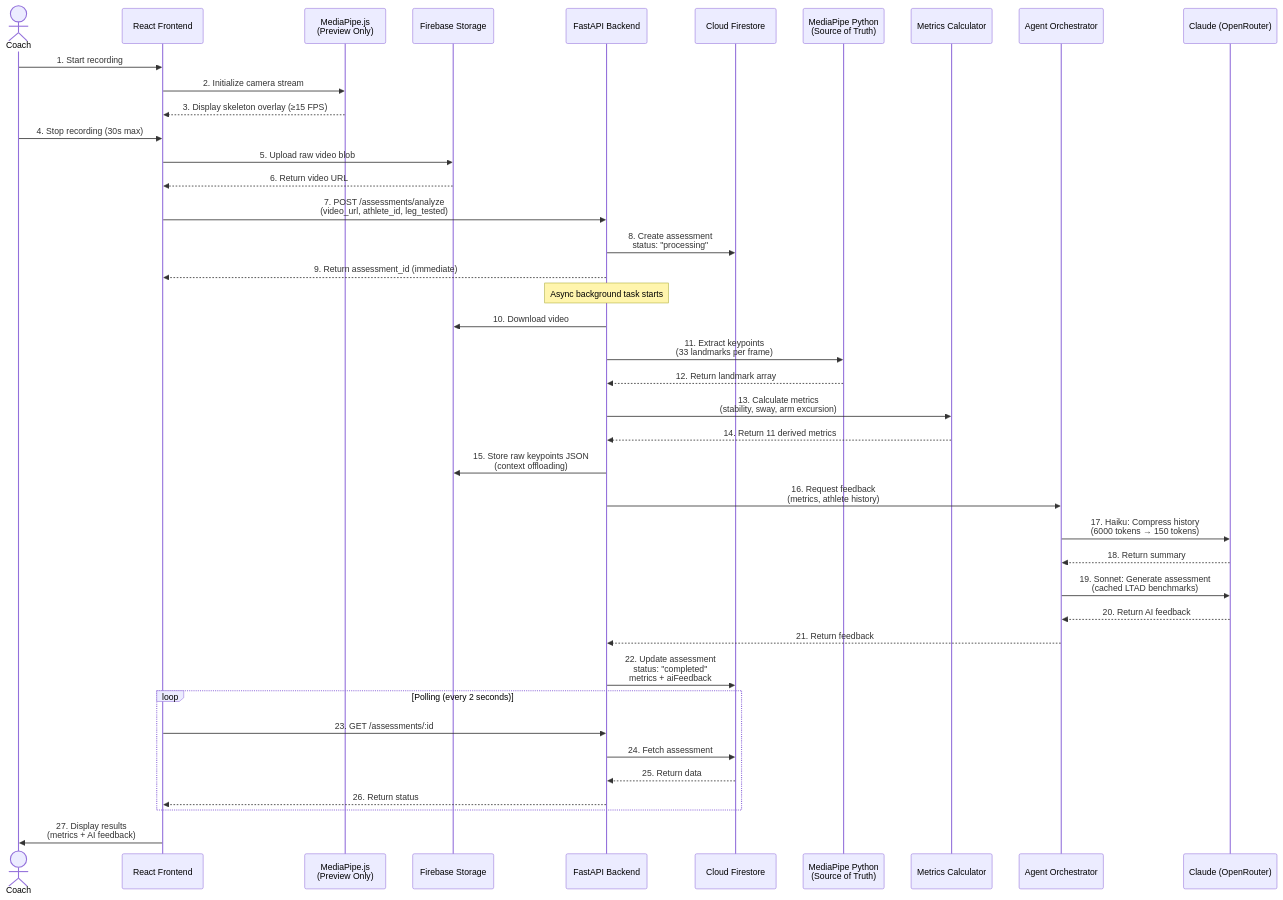
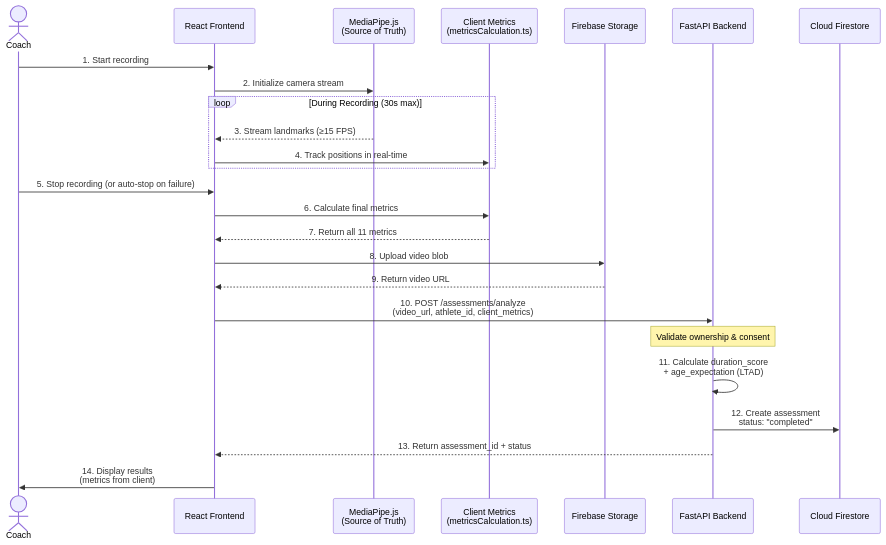
The second of 6 diagrams in ARCHITECTURE.md (finessevanes/ltad-coach), drawn with Mermaid before and after one commit. The commit also changed other lines of this file and 14 other files, not shown here.

Commit message:
feat: update architecture and implementation details for client-side metrics

````diff
--- a/ARCHITECTURE.md
+++ b/ARCHITECTURE.md
@@ -121,54 +125,35 @@
 ```mermaid
 sequenceDiagram
     actor Coach
     participant React as React Frontend
-    participant MediaPipeJS as MediaPipe.js<br/>(Preview Only)
+    participant MediaPipeJS as MediaPipe.js<br/>(Source of Truth)
+    participant MetricsCalc as Client Metrics<br/>(metricsCalculation.ts)
     participant FireStorage as Firebase Storage
     participant FastAPI as FastAPI Backend
     participant Firestore as Cloud Firestore
-    participant MediaPipePy as MediaPipe Python<br/>(Source of Truth)
-    participant MetricsCalc as Metrics Calculator
-    participant AgentOrch as Agent Orchestrator
-    participant Claude as Claude (OpenRouter)
 
     Coach->>React: 1. Start recording
     React->>MediaPipeJS: 2. Initialize camera stream
-    MediaPipeJS-->>React: 3. Display skeleton overlay (≥15 FPS)
-    Coach->>React: 4. Stop recording (30s max)
 
-    React->>FireStorage: 5. Upload raw video blob
-    FireStorage-->>React: 6. Return video URL
-
-    React->>FastAPI: 7. POST /assessments/analyze<br/>(video_url, athlete_id, leg_tested)
-    FastAPI->>Firestore: 8. Create assessment<br/>status: "processing"
-    FastAPI-->>React: 9. Return assessment_id (immediate)
-
-    Note over FastAPI: Async background task starts
-
-    FastAPI->>FireStorage: 10. Download video
-    FastAPI->>MediaPipePy: 11. Extract keypoints<br/>(33 landmarks per frame)
-    MediaPipePy-->>FastAPI: 12. Return landmark array
-
-    FastAPI->>MetricsCalc: 13. Calculate metrics<br/>(stability, sway, arm excursion)
-    MetricsCalc-->>FastAPI: 14. Return 11 derived metrics
-
-    FastAPI->>FireStorage: 15. Store raw keypoints JSON<br/>(context offloading)
-
-    FastAPI->>AgentOrch: 16. Request feedback<br/>(metrics, athlete history)
-    AgentOrch->>Claude: 17. Haiku: Compress history<br/>(6000 tokens → 150 tokens)
-    Claude-->>AgentOrch: 18. Return summary
-    AgentOrch->>Claude: 19. Sonnet: Generate assessment<br/>(cached LTAD benchmarks)
-    Claude-->>AgentOrch: 20. Return AI feedback
-
-    AgentOrch-->>FastAPI: 21. Return feedback
-    FastAPI->>Firestore: 22. Update assessment<br/>status: "completed"<br/>metrics + aiFeedback
-
-    loop Polling (every 2 seconds)
-        React->>FastAPI: 23. GET /assessments/:id
-        FastAPI->>Firestore: 24. Fetch assessment
-        Firestore-->>FastAPI: 25. Return data
-        FastAPI-->>React: 26. Return status
+    loop During Recording (30s max)
+        MediaPipeJS-->>React: 3. Stream landmarks (≥15 FPS)
+        React->>MetricsCalc: 4. Track positions in real-time
     end
 
-    React->>Coach: 27. Display results<br/>(metrics + AI feedback)
+    Coach->>React: 5. Stop recording (or auto-stop on failure)
+    React->>MetricsCalc: 6. Calculate final metrics
+    MetricsCalc-->>React: 7. Return all 11 metrics
+
+    React->>FireStorage: 8. Upload video blob
+    FireStorage-->>React: 9. Return video URL
+
+    React->>FastAPI: 10. POST /assessments/analyze<br/>(video_url, athlete_id, client_metrics)
+
+    Note over FastAPI: Validate ownership & consent
+
+    FastAPI->>FastAPI: 11. Calculate duration_score<br/>+ age_expectation (LTAD)
+    FastAPI->>Firestore: 12. Create assessment<br/>status: "completed"
+    FastAPI-->>React: 13. Return assessment_id + status
+
+    React->>Coach: 14. Display results<br/>(metrics from client)
 ```
````
